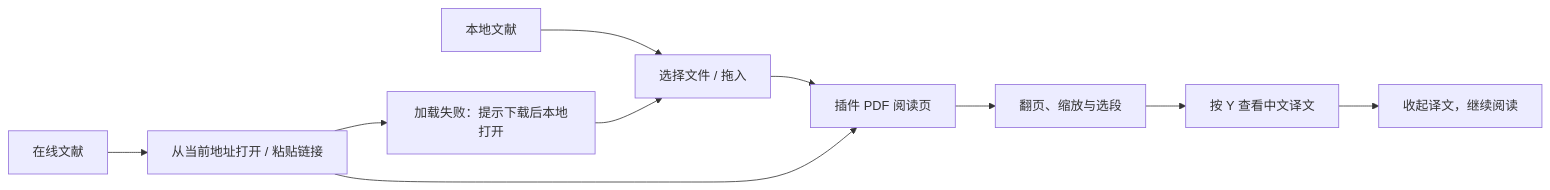
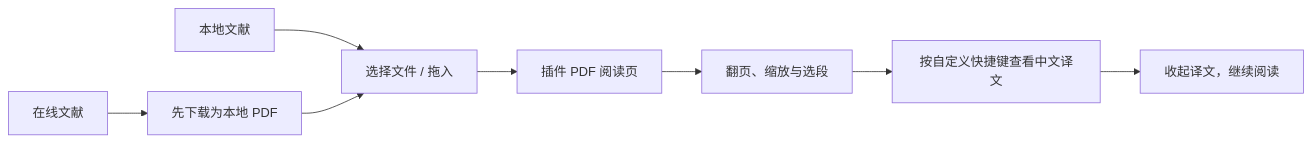
Before and after one commit to AMiLuLu10086/paper-parrot: the diagram in PDF_SUPPORT_PLAN.md, drawn with Mermaid. The commit also changed other lines of this file and 23 other files, not shown here.

````diff
--- a/PDF_SUPPORT_PLAN.md
+++ b/PDF_SUPPORT_PLAN.md
@@ -27,12 +27,10 @@
 ```mermaid
 flowchart LR
     A[本地文献] --> B[选择文件 / 拖入]
-    C[在线文献] --> D[从当前地址打开 / 粘贴链接]
+    C[在线文献] --> D[先下载为本地 PDF]
     B --> E[插件 PDF 阅读页]
-    D --> E
+    D --> B
     E --> F[翻页、缩放与选段]
-    F --> G[按 Y 查看中文译文]
+    F --> G[按自定义快捷键查看中文译文]
     G --> H[收起译文，继续阅读]
-    D --> I[加载失败：提示下载后本地打开]
-    I --> B
 ```
````
